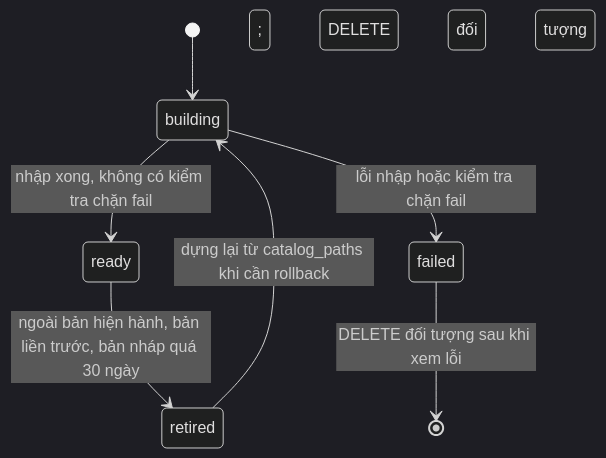
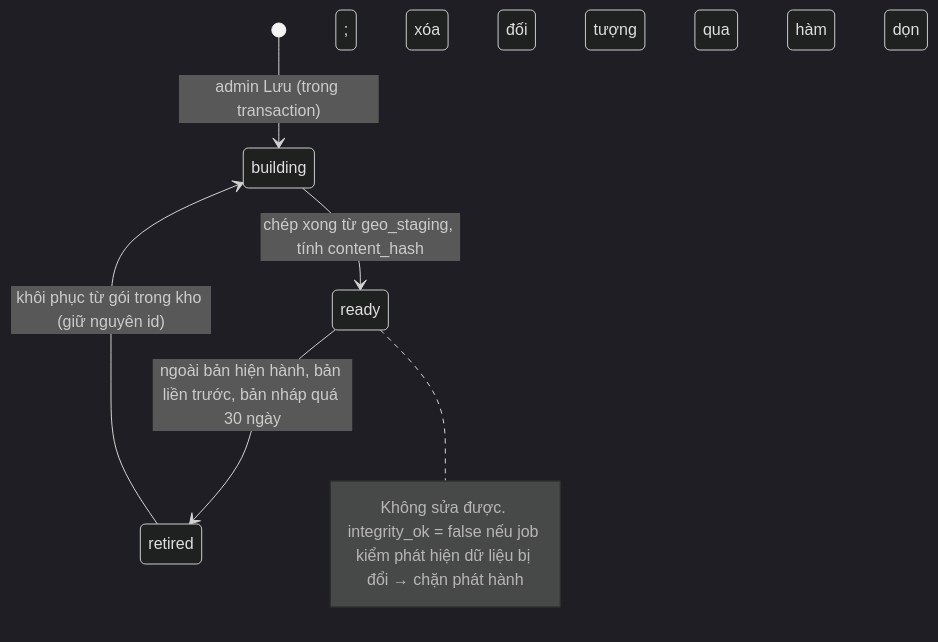
The diagram in workspace/features/018-location-data/diagrams/state-layer-version.mmd (LoDtus/location-insight), drawn with Mermaid (dark theme) before and after one commit. The commit also changed 18 other files, not shown here.

First line of the commit message:
docs(018-location-data): một đường ghi qua gói chuẩn tải lên /admin/datasets, kho gói theo phiên bản, bổ sung tiêu chí và chấm điểm

```diff
--- a/workspace/features/018-location-data/diagrams/state-layer-version.mmd
+++ b/workspace/features/018-location-data/diagrams/state-layer-version.mmd
@@ -1,7 +1,7 @@
+%% Phiên bản lớp chỉ được tạo khi admin bấm Lưu một import job đã validated. Gói lỗi dừng ở import job (state-import-job.mmd).
 stateDiagram-v2
-  [*] --> building
-  building --> ready: nhập xong, không có kiểm tra chặn fail
-  building --> failed: lỗi nhập hoặc kiểm tra chặn fail
-  failed --> [*]: DELETE đối tượng sau khi xem lỗi
-  ready --> retired: ngoài bản hiện hành, bản liền trước, bản nháp quá 30 ngày; DELETE đối tượng
-  retired --> building: dựng lại từ catalog_paths khi cần rollback
+  [*] --> building: admin Lưu (trong transaction)
+  building --> ready: chép xong từ geo_staging, tính content_hash
+  ready --> retired: ngoài bản hiện hành, bản liền trước, bản nháp quá 30 ngày; xóa đối tượng qua hàm dọn
+  retired --> building: khôi phục từ gói trong kho (giữ nguyên id)
+  note right of ready: Không sửa được. integrity_ok = false nếu job kiểm phát hiện dữ liệu bị đổi → chặn phát hành
```
